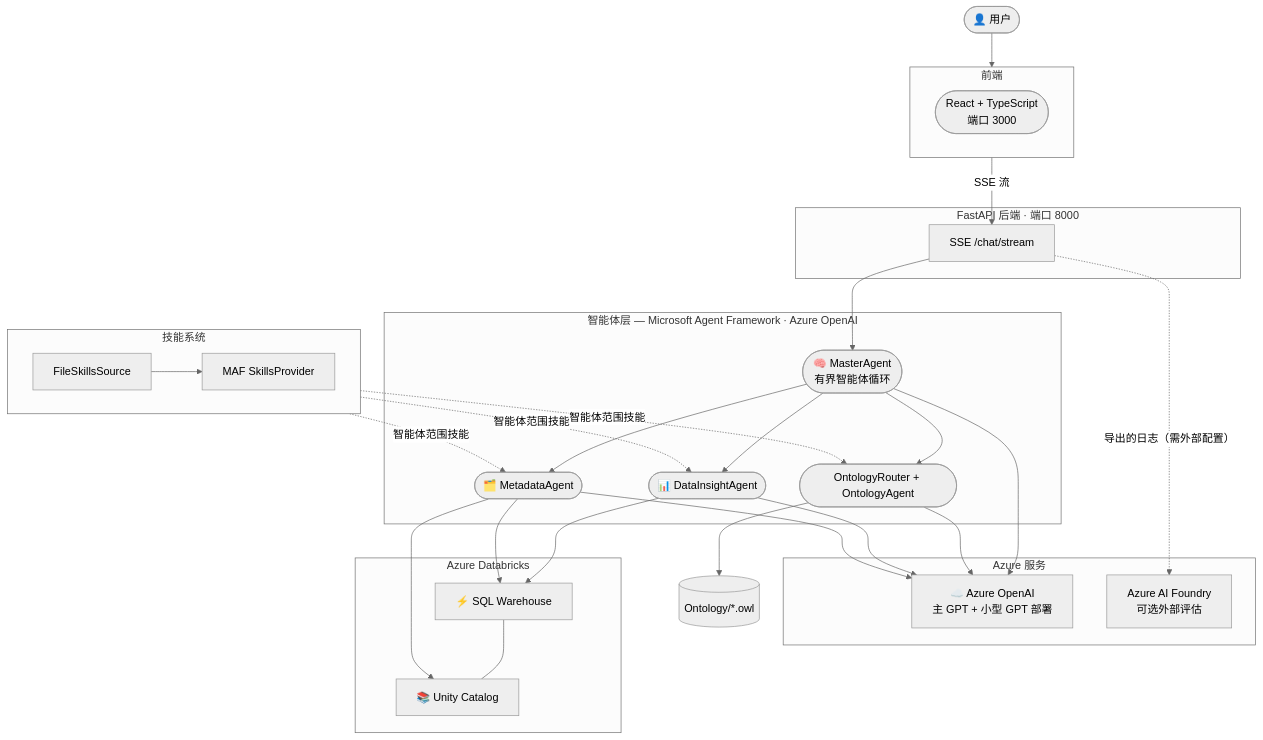
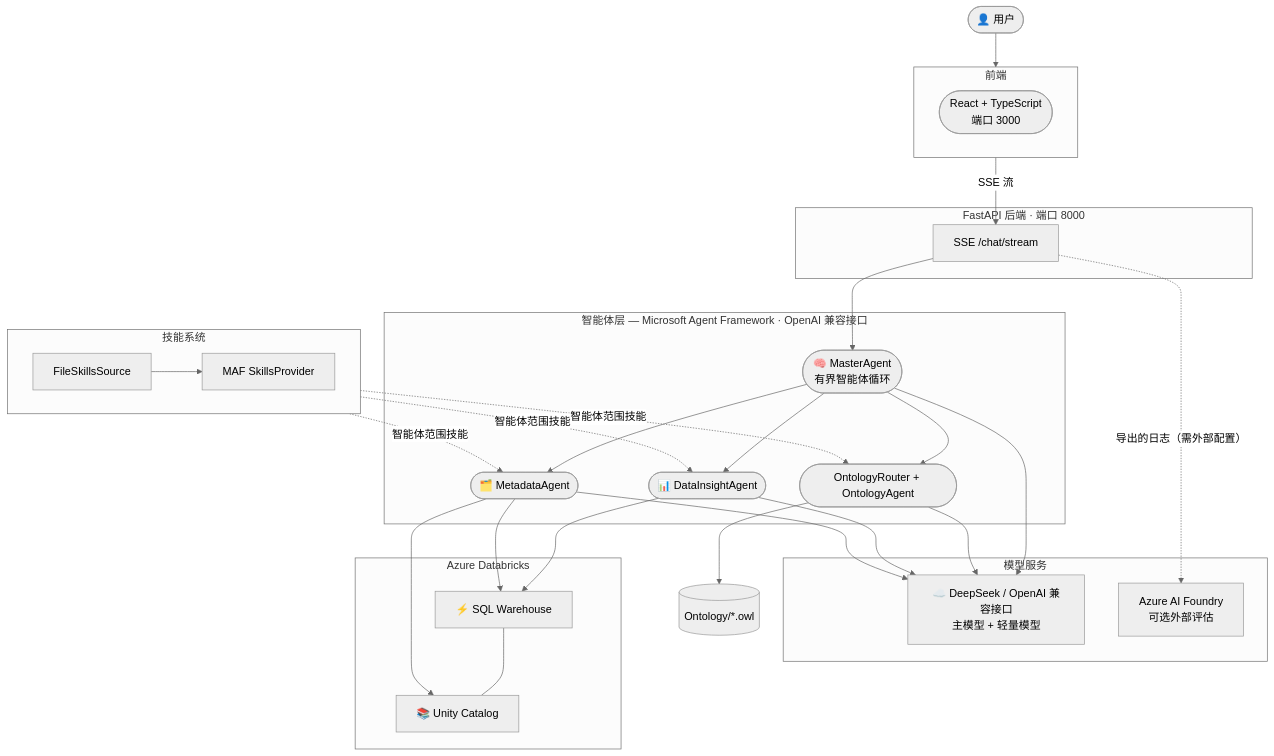
Before and after one commit to leixiaolin/Data-Insight-Agent-With-Ontology: the diagram in readme-cn.md, drawn with Mermaid (neutral theme). The commit also changed other lines of this file and 38 other files, not shown here.

First line of the commit message:
Migrate LLM provider to OpenAI-compatible endpoints with DeepSeek defaults

````diff
--- a/readme-cn.md
+++ b/readme-cn.md
@@ -34,51 +36,51 @@
 ```mermaid
 flowchart TD
     User(["👤 用户"])
 
     subgraph UI["前端"]
         direction LR
         React(["React + TypeScript\n端口 3000"])
     end
 
     subgraph Backend["FastAPI 后端 · 端口 8000"]
         API["SSE /chat/stream"]
     end
 
     subgraph Skills["技能系统"]
         direction LR
         SP["MAF SkillsProvider"]
         FS["FileSkillsSource"]
         FS --> SP
     end
 
-    subgraph AgentLayer["智能体层 — Microsoft Agent Framework · Azure OpenAI"]
+    subgraph AgentLayer["智能体层 — Microsoft Agent Framework · OpenAI 兼容接口"]
         MA(["🧠 MasterAgent\n有界智能体循环"])
         OA(["OntologyRouter + OntologyAgent"])
         DIA(["📊 DataInsightAgent"])
         META(["🗂️ MetadataAgent"])
         MA --> OA & DIA & META
     end
 
-    subgraph AzureServices["Azure 服务"]
-        AOAI["☁️ Azure OpenAI\n主 GPT + 小型 GPT 部署"]
+    subgraph ModelServices["模型服务"]
+        AOAI["☁️ DeepSeek / OpenAI 兼容接口\n主模型 + 轻量模型"]
         AIF["Azure AI Foundry\n可选外部评估"]
     end
 
     subgraph Databricks["Azure Databricks"]
         SQLW["⚡ SQL Warehouse"]
         UC["📚 Unity Catalog"]
         SQLW --- UC
     end
 
     User --> React
     React -->|SSE 流| API
     API --> MA
 
     SP -.->|智能体范围技能| OA & DIA & META
 
     OA --> OWL[("Ontology/*.owl")]
     DIA --> SQLW
     META --> UC & SQLW
     MA & OA & DIA & META --> AOAI
     API -.->|导出的日志（需外部配置）| AIF
 ```
````
